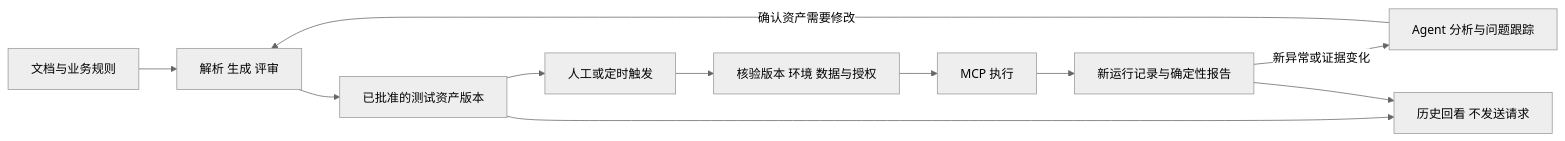
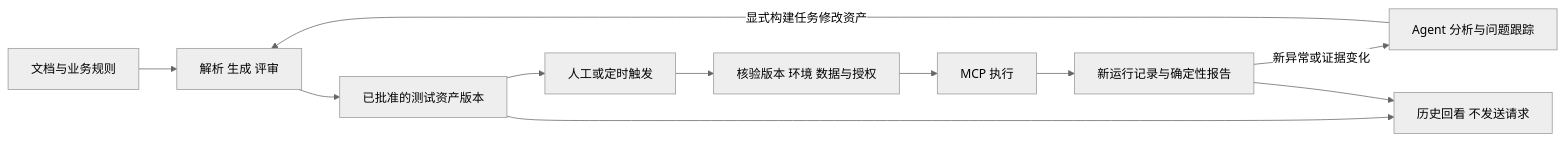
One commit to liwenshuai4516-debug/aqa changed the diagram in docs/api-testing-assets-design.md. Above: the diagram before and after it, drawn with Mermaid (neutral theme). The commit also changed other lines of this file and 5 other files, not shown here.

````diff
--- a/docs/api-testing-assets-design.md
+++ b/docs/api-testing-assets-design.md
@@ -13,13 +15,13 @@
 ```mermaid
 flowchart LR
     A[文档与业务规则] --> B[解析 生成 评审]
     B --> C[已批准的测试资产版本]
     C --> D[人工或定时触发]
     D --> E[核验版本 环境 数据与授权]
     E --> F[MCP 执行]
     F --> G[新运行记录与确定性报告]
     G -->|新异常或证据变化| H[Agent 分析与问题跟踪]
     C --> I[历史回看 不发送请求]
     G --> I
-    H -->|确认资产需要修改| B
+    H -->|显式构建任务修改资产| B
 ```
````
